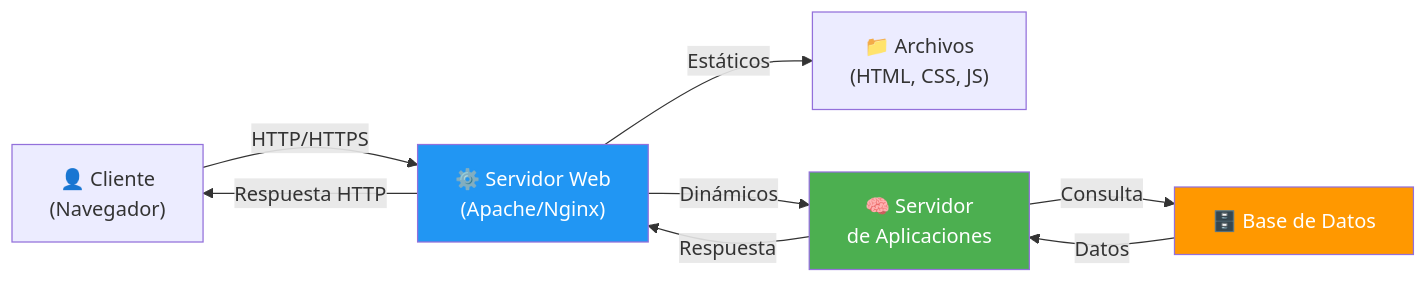
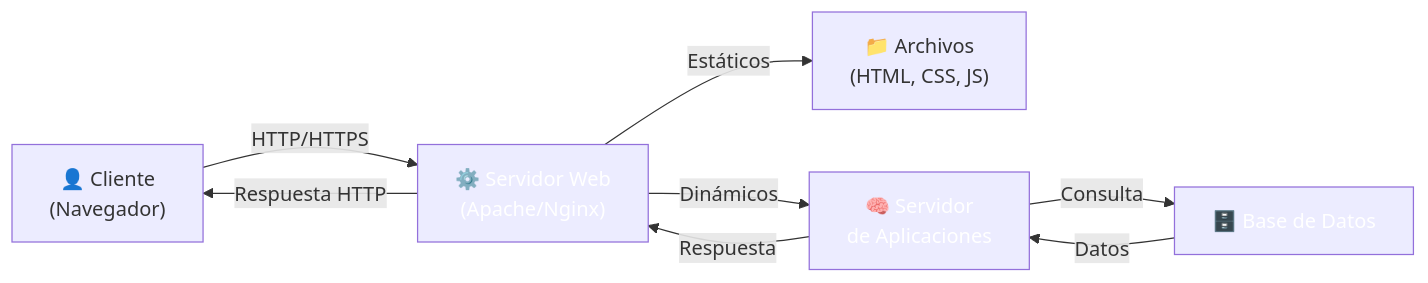
Before and after one commit to joseluisgs/DesarrolloWebEntornosServidor-01-2026-2027: the first of 4 diagrams in 08-servidores-web.md, drawn with Mermaid. The commit also changed other lines of this file and 66 other files, not shown here.

First line of the commit message:
fix: normalizar titulos al castellano de frase y corregir la paleta de mermaid

````diff
--- a/08-servidores-web.md
+++ b/08-servidores-web.md
@@ -44,14 +44,14 @@
 ```mermaid
 graph LR
     C["👤 Cliente<br/>(Navegador)"] -->|"HTTP/HTTPS"| SW["⚙️ Servidor Web<br/>(Apache/Nginx)"]
     SW -->|"Estáticos"| FS["📁 Archivos<br/>(HTML, CSS, JS)"]
     SW -->|"Dinámicos"| SA["🧠 Servidor<br/>de Aplicaciones"]
     SA -->|"Consulta"| DB["🗄️ Base de Datos"]
     DB -->|"Datos"| SA
     SA -->|"Respuesta"| SW
     SW -->|"Respuesta HTTP"| C
 
-    style SW fill:#2196F3,color:#fff
-    style SA fill:#4CAF50,color:#fff
-    style DB fill:#FF9800,color:#fff
+    style SW fill:#2196F,color:#fff3,color:#fff
+    style SA fill:#4CAF5,color:#fff0,color:#fff
+    style DB fill:#FF980,color:#fff0,color:#fff
 ```
````
